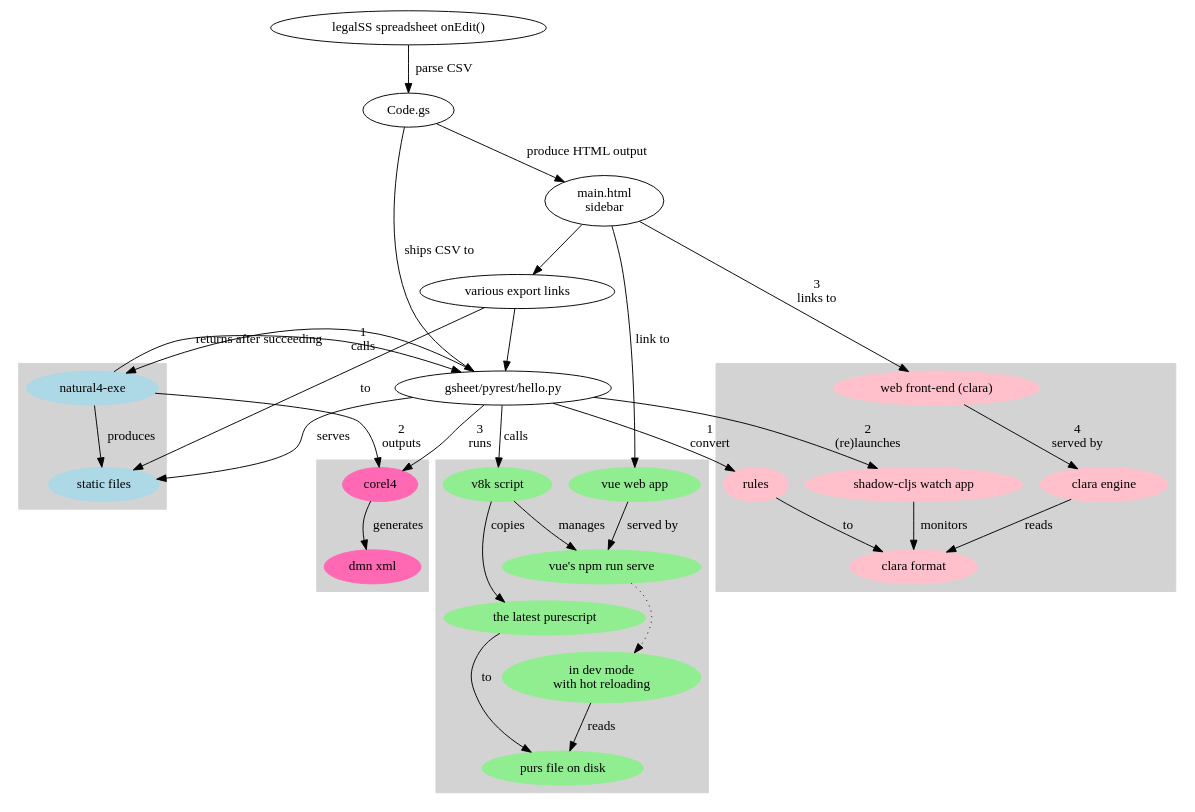
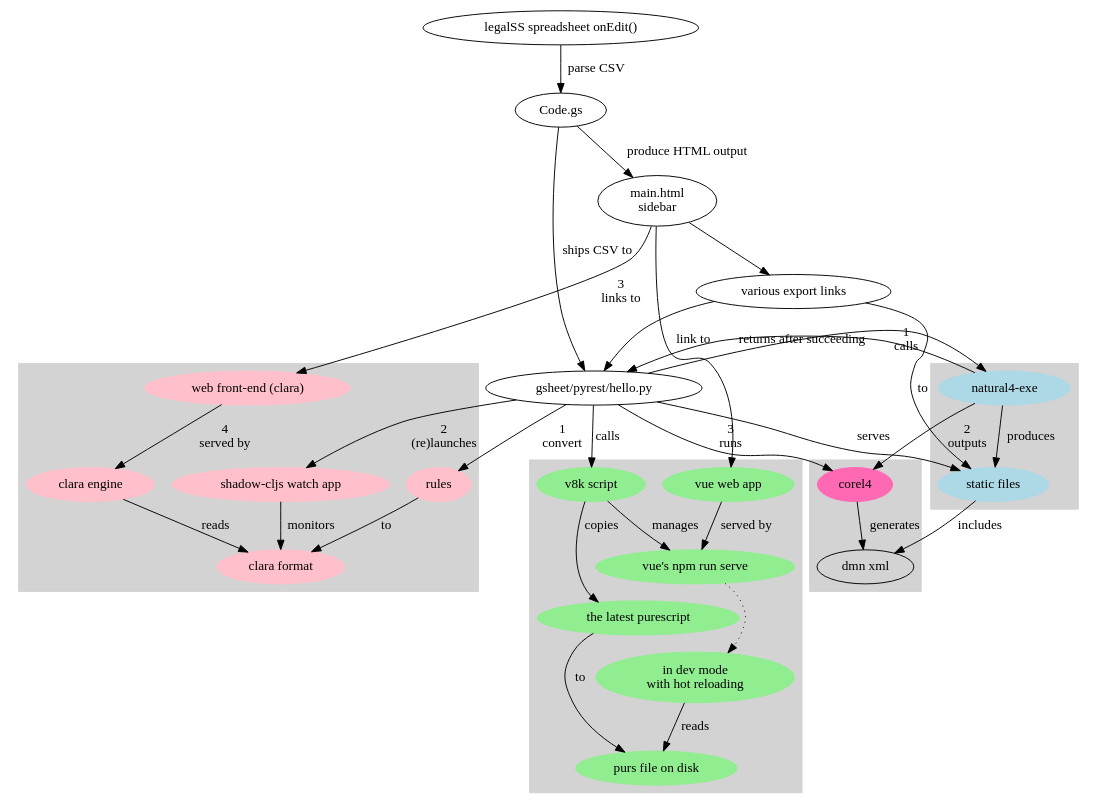
The diagram in pyrest/architecture.dot (smucclaw/gsheet), drawn with Graphviz before and after one commit. The commit also changed 1 other file, not shown here.

Commit message:
clarify that the dmn xml is one of the static files

```diff
--- a/pyrest/architecture.dot
+++ b/pyrest/architecture.dot
@@ -1,67 +1,69 @@
 digraph {
   "legalSS spreadsheet onEdit()" -> "Code.gs" [label="parse CSV"];
   "Code.gs" -> "gsheet/pyrest/hello.py" [label="ships CSV to"];
   "Code.gs" -> "main.html\nsidebar" [label="produce HTML output"];
   "main.html\nsidebar" -> "various export links";
   "various export links" -> "gsheet/pyrest/hello.py";
 
   subgraph cluster_natural4 {
    style=filled;
    color=lightgrey;
    node [style=filled,color=lightblue];
    "static files";
    "natural4-exe";
   }
   "gsheet/pyrest/hello.py" -> "static files" [label="serves"];
   "various export links" -> "static files" [label="to"];
   "natural4-exe" -> "static files" [label="produces"];
   "gsheet/pyrest/hello.py" -> "natural4-exe" [label="1\ncalls"];
   "natural4-exe" -> "gsheet/pyrest/hello.py" [label="returns after succeeding"];
+
+  "static files" -> "dmn xml" [label="includes"];
 
   subgraph cluster_vue {
    style=filled;
    color=lightgrey;
    node [style=filled,color=lightgreen];
   "vue web app";
   "v8k script";
   "vue's npm run serve";
   "in dev mode\nwith hot reloading";
   "the latest purescript";
   "purs file on disk";
   }
   "vue web app" -> "vue's npm run serve" [label="served by"];
   "v8k script" -> "vue's npm run serve" [label="manages"];
   "v8k script" -> "the latest purescript" [label="copies"];
   "the latest purescript" -> "purs file on disk" [label="to"];
   "vue's npm run serve" -> "in dev mode\nwith hot reloading" [style="dotted"];
   "in dev mode\nwith hot reloading" -> "purs file on disk" [label="reads"];
   "gsheet/pyrest/hello.py" -> "v8k script" [label="calls"];
   "main.html\nsidebar" -> "vue web app" [label="link to"];
 
   subgraph cluster_dmn {
    style=filled;
    color=lightgrey;
    node [style=filled,color=hotpink];
 
    "corel4";
    "corel4" -> "dmn xml" [label="generates"];   
   }
   "natural4-exe" -> "corel4" [label="2\noutputs"];
   "gsheet/pyrest/hello.py" -> "corel4" [label="3\nruns"];
 
   subgraph cluster_new {
    style=filled;
    color=lightgrey;
    node [style=filled,color=pink];
    "rules";
    "rules" -> "clara format" [label="to"];
    "shadow-cljs watch app";
    "shadow-cljs watch app" -> "clara format" [label="monitors"];
    "clara engine";
    "clara engine" -> "clara format" [label="reads"];
    "web front-end (clara)" -> "clara engine" [label="4\nserved by"];
   }
   "gsheet/pyrest/hello.py" -> "rules" [label="1\nconvert"];
   "gsheet/pyrest/hello.py" -> "shadow-cljs watch app" [label="2\n(re)launches"];
   "main.html\nsidebar" -> "web front-end (clara)" [label="3\nlinks to"];
 }
```
